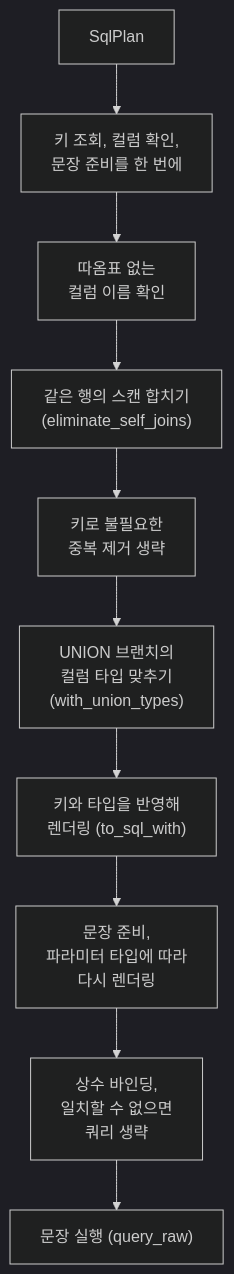
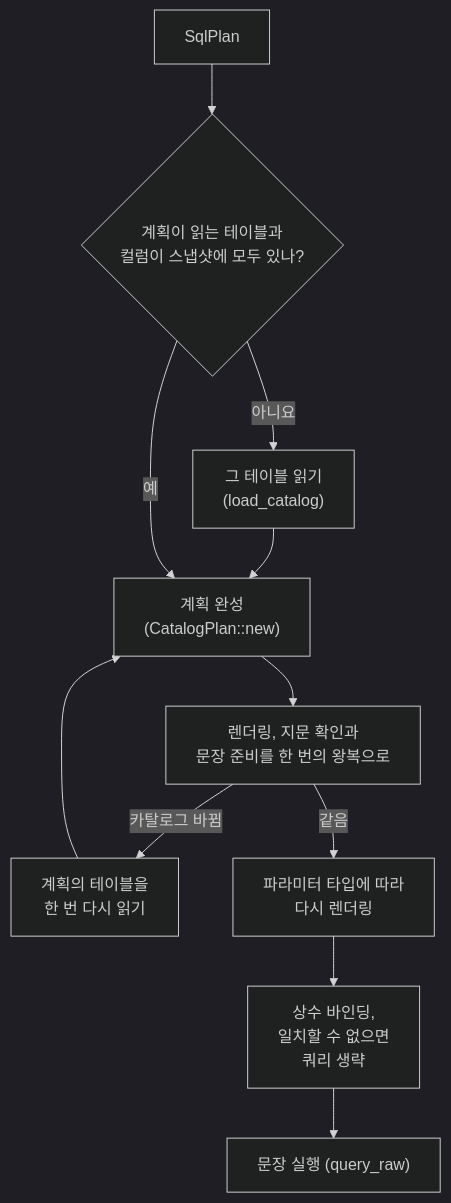
One commit to CharmingGroot/sparql-v12n changed the third of 5 diagrams in docs/architecture.ko.md. Above: the diagram before and after it, drawn with Mermaid (dark theme). The commit also changed other lines of this file and 26 other files, not shown here.

First line of the commit message:
feat: plan on a catalog snapshot checked by a fingerprint per query

````diff
--- a/docs/architecture.ko.md
+++ b/docs/architecture.ko.md
@@ -93,12 +92,13 @@
 ```mermaid
 flowchart TD
-    plan["SqlPlan"] --> trip["키 조회, 컬럼 확인,<br/>문장 준비를 한 번에"]
-    trip --> names["따옴표 없는<br/>컬럼 이름 확인"]
-    names --> merge["같은 행의 스캔 합치기<br/>(eliminate_self_joins)"]
-    merge --> dup["키로 불필요한<br/>중복 제거 생략"]
-    dup --> types["UNION 브랜치의<br/>컬럼 타입 맞추기<br/>(with_union_types)"]
-    types --> render["키와 타입을 반영해<br/>렌더링 (to_sql_with)"]
-    render --> prepare["문장 준비,<br/>파라미터 타입에 따라<br/>다시 렌더링"]
-    prepare --> bind["상수 바인딩,<br/>일치할 수 없으면<br/>쿼리 생략"]
+    plan["SqlPlan"] --> covers{"계획이 읽는 테이블과<br/>컬럼이 스냅샷에 모두 있나?"}
+    covers -- 아니요 --> load["그 테이블 읽기<br/>(load_catalog)"]
+    load --> complete
+    covers -- 예 --> complete["계획 완성<br/>(CatalogPlan::new)"]
+    complete --> trip["렌더링, 지문 확인과<br/>문장 준비를 한 번의 왕복으로"]
+    trip -- 카탈로그 바뀜 --> reload["계획의 테이블을<br/>한 번 다시 읽기"]
+    reload --> complete
+    trip -- 같음 --> retype["파라미터 타입에 따라<br/>다시 렌더링"]
+    retype --> bind["상수 바인딩,<br/>일치할 수 없으면<br/>쿼리 생략"]
     bind --> run["문장 실행 (query_raw)"]
 ```
````
